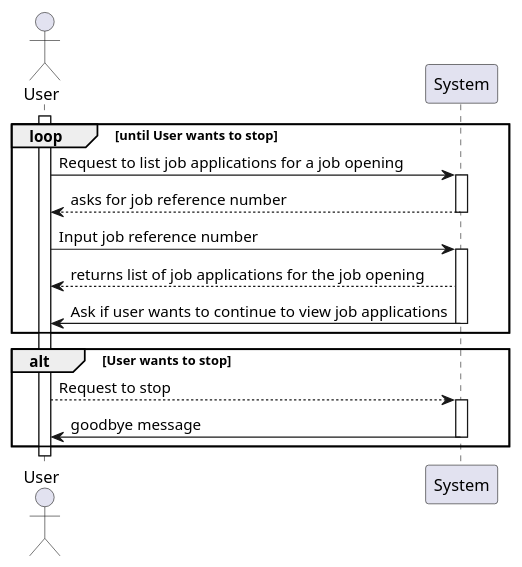
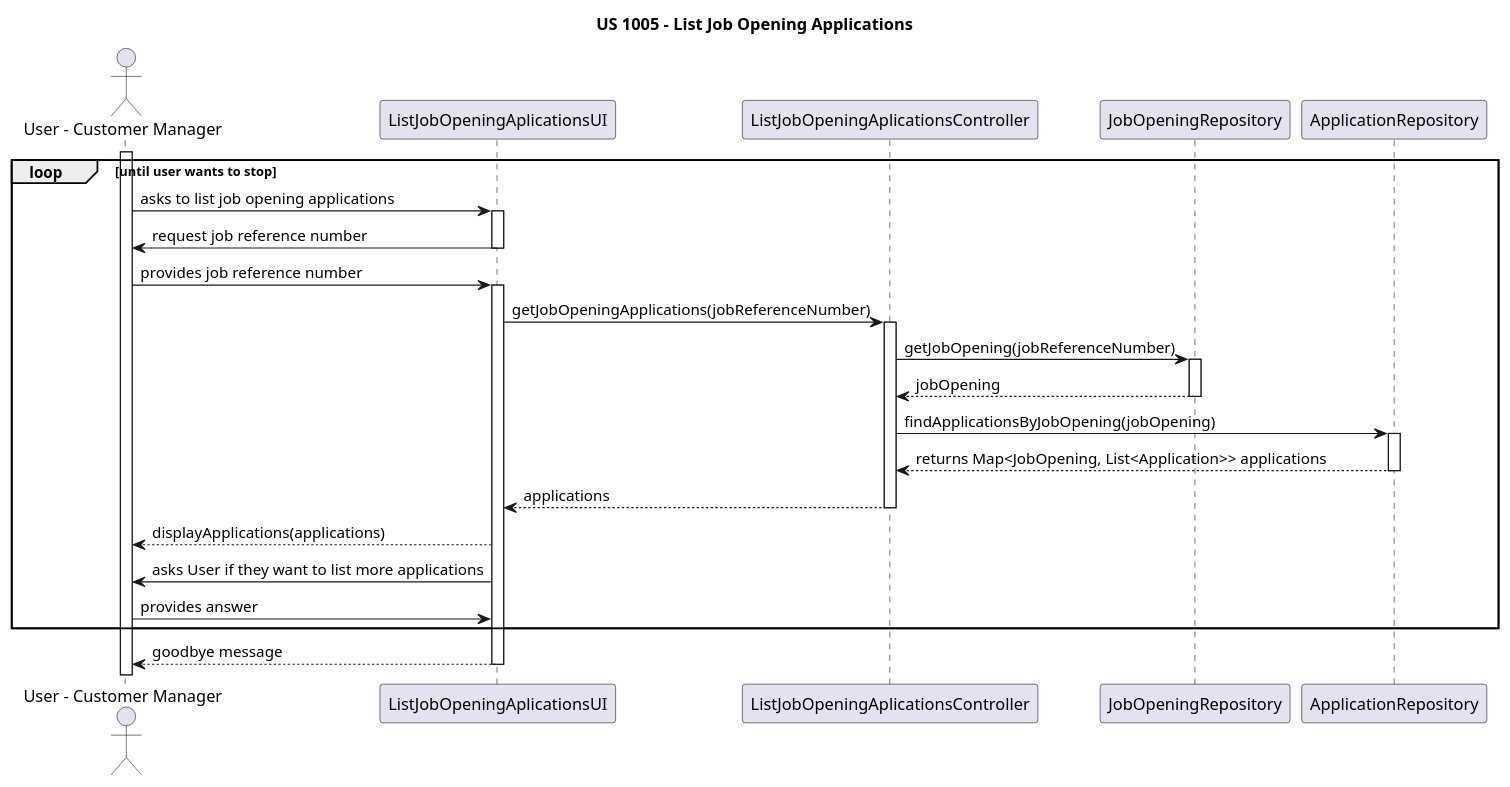
The diagram in docs/sprintB/1005/puml/1005-sequence-diagram.puml (marcoferreira37/Lapr4), drawn with PlantUML before and after one commit. The commit also changed other lines of this file and 4 other files, not shown here.

```diff
--- a/docs/sprintB/1005/puml/1005-sequence-diagram.puml
+++ b/docs/sprintB/1005/puml/1005-sequence-diagram.puml
@@ -1,31 +2,61 @@
 @startuml
 
-actor User as U
-participant "System" as S
+title US 1005 - List Job Opening Applications
 
-activate U
-loop until User wants to stop
-    U -> S: Request to list job applications for a job opening
-    activate S
+actor "User - Customer Manager" as User
 
-    S --> U : asks for job reference number
+participant "ListJobOpeningAplicationsUI" as UI
+participant "ListJobOpeningAplicationsController" as Controller
+participant "JobOpeningRepository" as Repository
+participant "ApplicationRepository" as ApplicationRepository
 
-    deactivate S
-    U -> S: Input job reference number
-    activate S
 
-    S --> U : returns list of job applications for the job opening
-    S -> U: Ask if user wants to continue to view job applications
-    deactivate S
-end
-alt User wants to stop
 
-   U --> S: Request to stop
+loop until user wants to stop
+activate User
 
-   activate S
+User -> UI: asks to list job opening applications
 
-   S -> U: goodbye message
-   deactivate S
-end
+activate UI
+
+UI -> User: request job reference number
+
+deactivate UI
+
+User -> UI: provides job reference number
+
+activate UI
+
+UI -> Controller: getJobOpeningApplications(jobReferenceNumber)
+
+activate Controller
+
+Controller -> Repository: getJobOpening(jobReferenceNumber)
+activate Repository
+
+Repository --> Controller: jobOpening
+deactivate Repository
+
+Controller -> ApplicationRepository: findApplicationsByJobOpening(jobOpening)
+activate ApplicationRepository
+
+ApplicationRepository --> Controller:  returns Map<JobOpening, List<Application>> applications
+
+deactivate ApplicationRepository
+Controller --> UI: applications
+deactivate Controller
+
+UI --> User: displayApplications(applications)
+
+
+UI -> User : asks User if they want to list more applications
+
+User -> UI: provides answer
+
+end loop
+
+UI --> User: goodbye message
+
+deactivate UI
 
 @enduml
```
